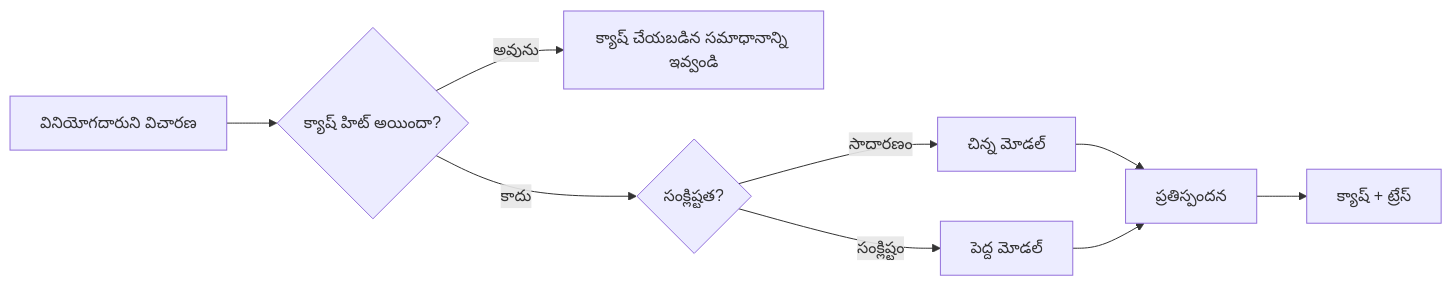
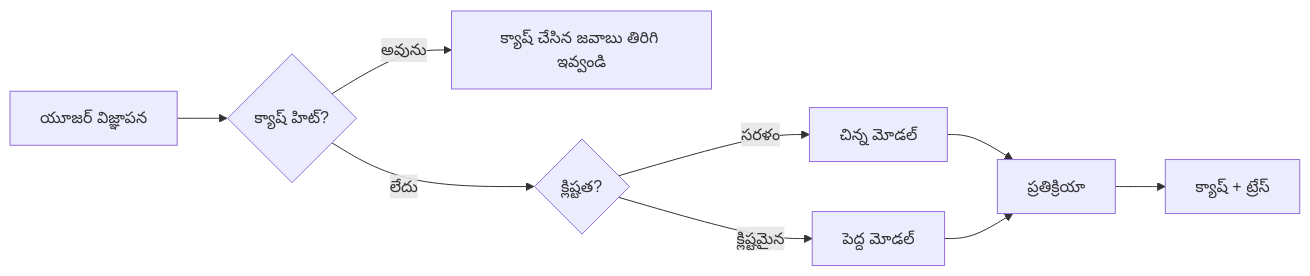
One commit to gabrielmoreira/agent-skills-mirror changed the third of 4 diagrams in mirrors/repos/microsoft@ai-agents-for-beginners/translations/te/16-deploying-scalable-agents/README.md. Above: the diagram before and after it, drawn with Mermaid. The commit also changed other lines of this file and 3581 other files, not shown here.

````diff
--- a/mirrors/repos/microsoft@ai-agents-for-beginners/translations/te/16-deploying-scalable-agents/README.md
+++ b/mirrors/repos/microsoft@ai-agents-for-beginners/translations/te/16-deploying-scalable-agents/README.md
@@ -134,11 +134,11 @@
 ```mermaid
 flowchart LR
-    Q[వినియోగదారుని విచారణ] --> C{క్యాష్ హిట్ అయిందా?}
-    C -->|అవును| R[క్యాష్ చేయబడిన సమాధానాన్ని ఇవ్వండి]
-    C -->|కాదు| Router{సంక్లిష్టత?}
-    Router -->|సాదారణం| SLM[చిన్న మోడల్]
-    Router -->|సంక్లిష్టం| LLM[పెద్ద మోడల్]
-    SLM --> Out[ప్రతిస్పందన]
+    Q[యూజర్ విజ్ఞాపన] --> C{క్యాష్ హిట్?}
+    C -->|అవును| R[క్యాష్ చేసిన జవాబు తిరిగి ఇవ్వండి]
+    C -->|లేదు| Router{క్లిష్టత?}
+    Router -->|సరళం| SLM[చిన్న మోడల్]
+    Router -->|క్లిష్టమైన| LLM[పెద్ద మోడల్]
+    SLM --> Out[ప్రతిక్రియా]
     LLM --> Out
     Out --> Store[క్యాష్ + ట్రేస్]
 ```
````
